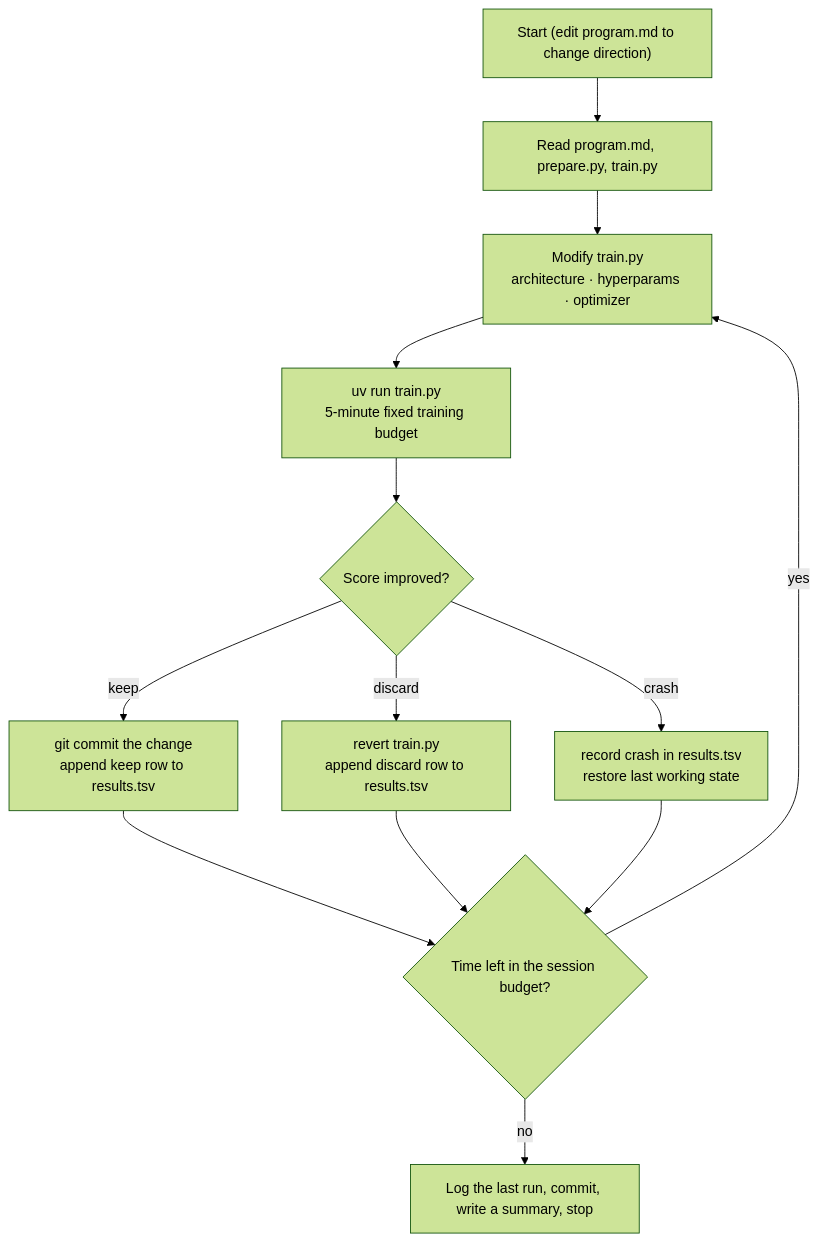
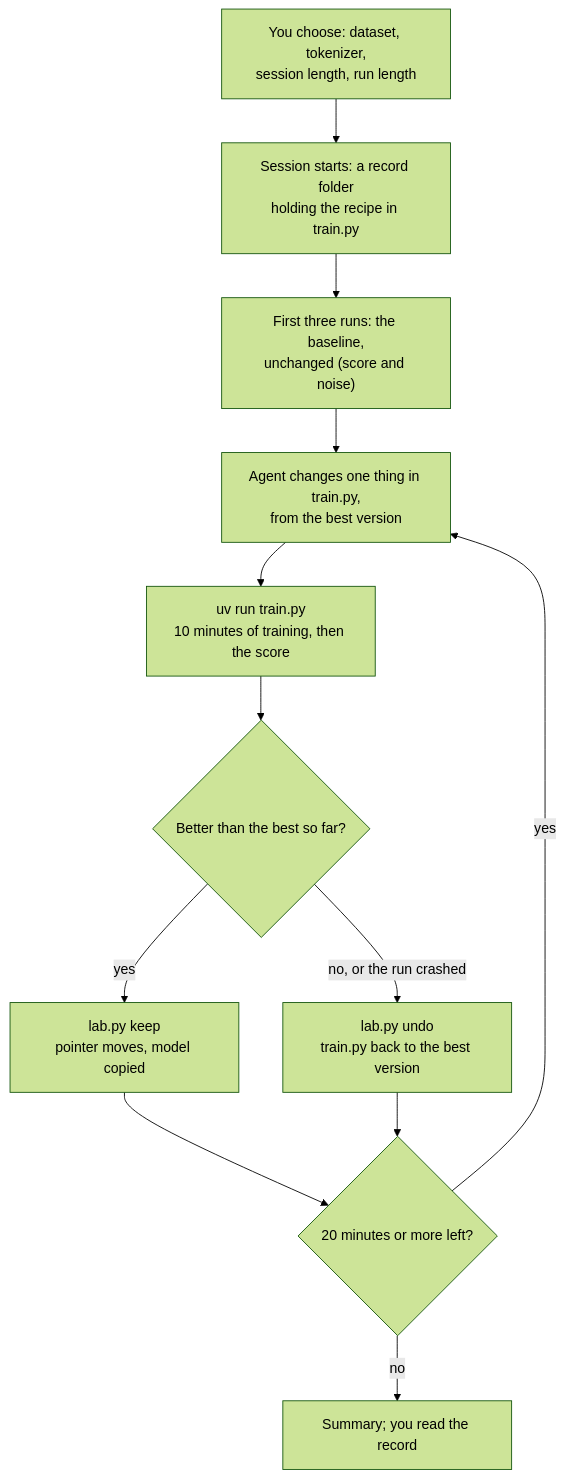
The diagram in README.md (aroughidea/autoresearch-starter), drawn with Mermaid (forest theme) before and after one commit. The commit also changed other lines of this file and 7 other files, not shown here.

First line of the commit message:
README, HARDWARE and analysis.ipynb follow the session map; lab.py use

````diff
--- a/README.md
+++ b/README.md
@@ -68,15 +71,14 @@
 ```mermaid
 flowchart TD
-    A["Start (edit program.md to change direction)"] --> B["Read program.md, prepare.py, train.py"]
-    B --> C["Modify train.py\narchitecture · hyperparams · optimizer"]
-    C --> D["uv run train.py\n5-minute fixed training budget"]
-    D --> E{Score improved?}
-    E -->|keep| F["git commit the change\nappend keep row to results.tsv"]
-    E -->|discard| G["revert train.py\nappend discard row to results.tsv"]
-    E -->|crash| H["record crash in results.tsv\nrestore last working state"]
-    F --> T{"Time left in the session budget?"}
-    G --> T
-    H --> T
-    T -->|yes| C
-    T -->|no| Z["Log the last run, commit, write a summary, stop"]
+    A["You choose: dataset, tokenizer,\nsession length, run length"] --> B["Session starts: a record folder\nholding the recipe in train.py"]
+    B --> C["First three runs: the baseline,\nunchanged (score and noise)"]
+    C --> D["Agent changes one thing in train.py,\nfrom the best version"]
+    D --> E["uv run train.py\n10 minutes of training, then the score"]
+    E --> F{Better than the best so far?}
+    F -->|yes| G["lab.py keep\npointer moves, model copied"]
+    F -->|"no, or the run crashed"| H["lab.py undo\ntrain.py back to the best version"]
+    G --> I{20 minutes or more left?}
+    H --> I
+    I -->|yes| D
+    I -->|no| J["Summary; you read the record"]
 ```
````
